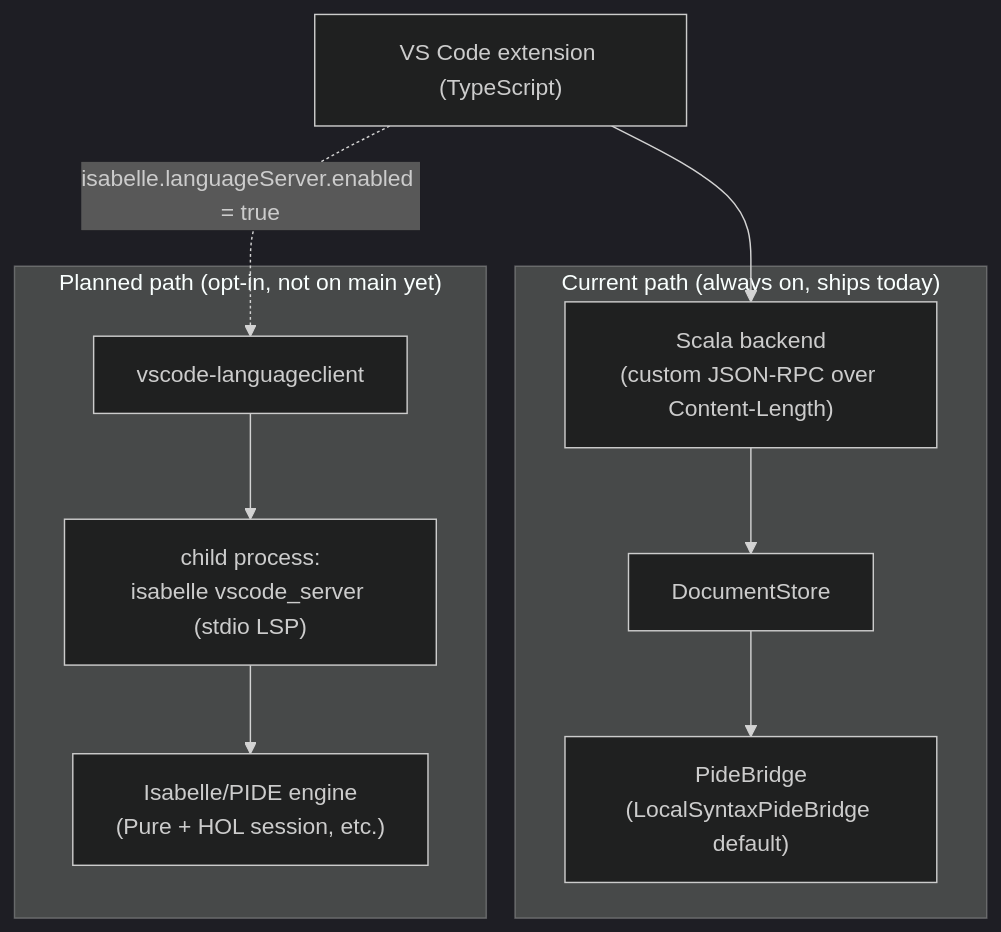
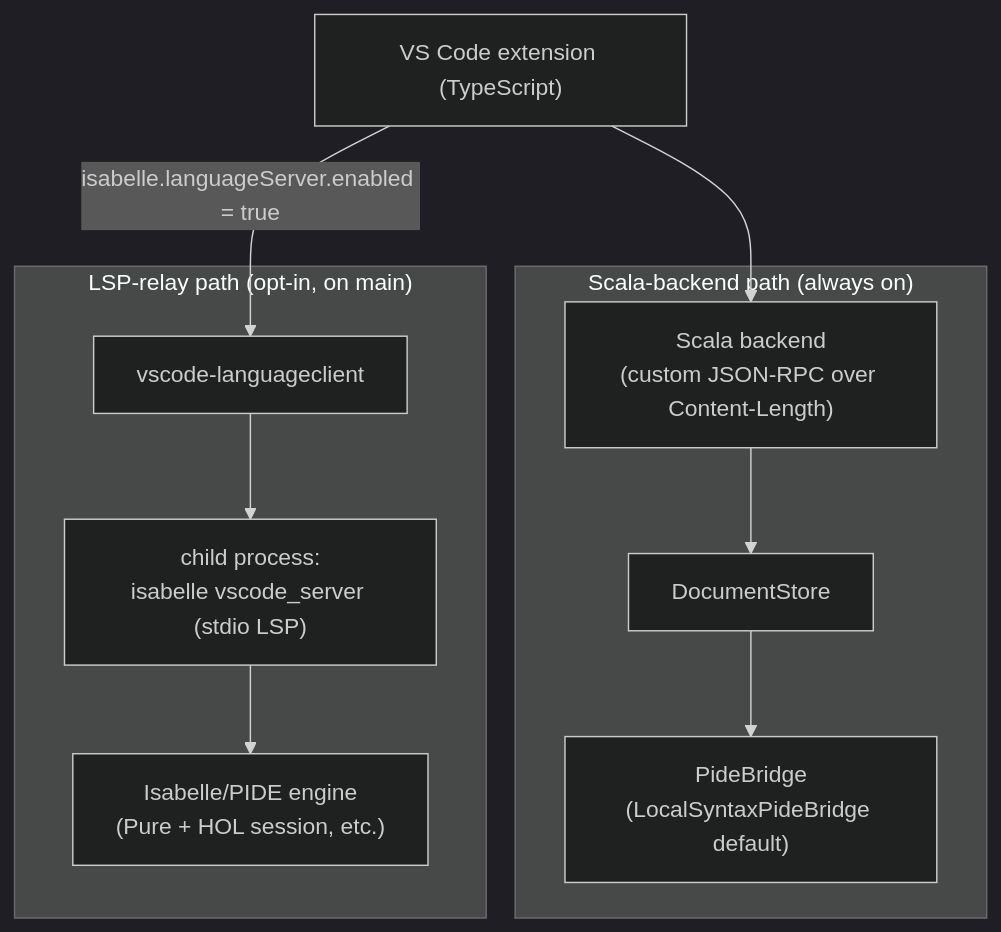
Before and after one commit to Arthur742Ramos/Isabelle-VSCode: the diagram in docs/PIDE_INTEGRATION.md, drawn with Mermaid (dark theme). The commit also changed other lines of this file and 1 other file, not shown here.

First line of the commit message:
Refresh PIDE_INTEGRATION.md for shipped LSP scaffold + Windows fix

````diff
--- a/docs/PIDE_INTEGRATION.md
+++ b/docs/PIDE_INTEGRATION.md
@@ -37,24 +40,24 @@
 ```mermaid
 flowchart TD
     ext["VS Code extension (TypeScript)"]
 
-    subgraph current["Current path (always on, ships today)"]
+    subgraph current["Scala-backend path (always on)"]
         backend["Scala backend<br/>(custom JSON-RPC over Content-Length)"]
         store["DocumentStore"]
         bridge["PideBridge<br/>(LocalSyntaxPideBridge default)"]
     end
 
-    subgraph planned["Planned path (opt-in, not on main yet)"]
+    subgraph lspPath["LSP-relay path (opt-in, on main)"]
         lsp["vscode-languageclient"]
         server["child process:<br/>isabelle vscode_server (stdio LSP)"]
         pide["Isabelle/PIDE engine<br/>(Pure + HOL session, etc.)"]
     end
 
     ext --> backend
     backend --> store
     store --> bridge
 
-    ext -.->|"isabelle.languageServer.enabled = true"| lsp
+    ext -->|"isabelle.languageServer.enabled = true"| lsp
     lsp --> server
     server --> pide
 ```
````
